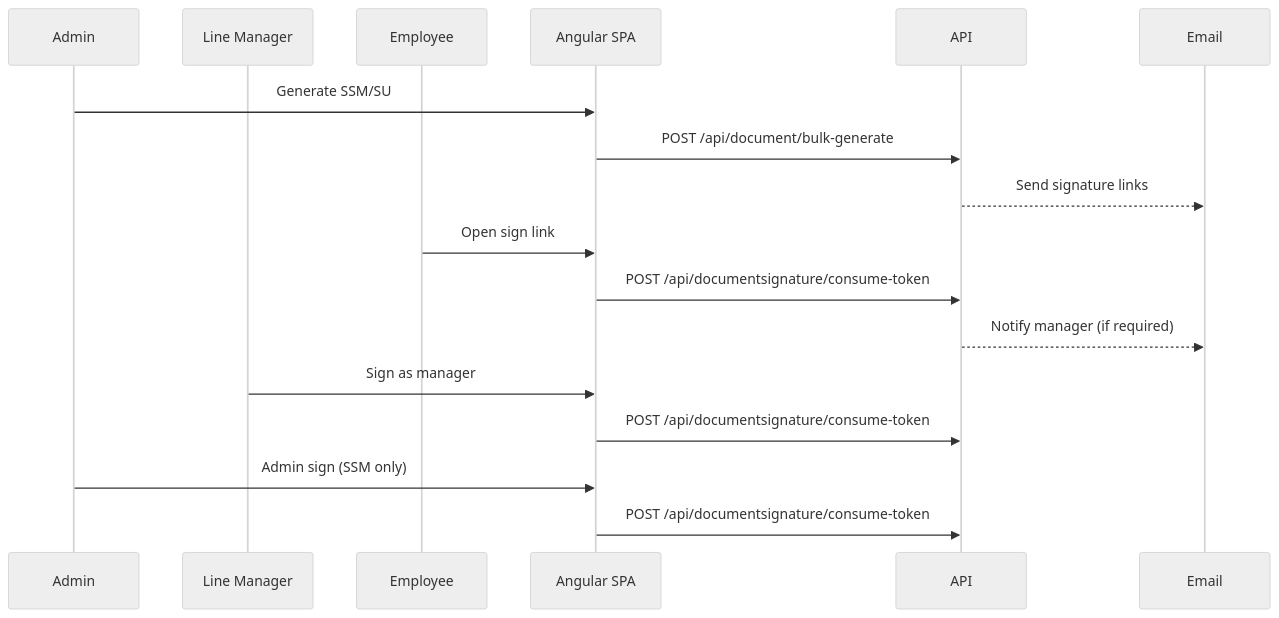
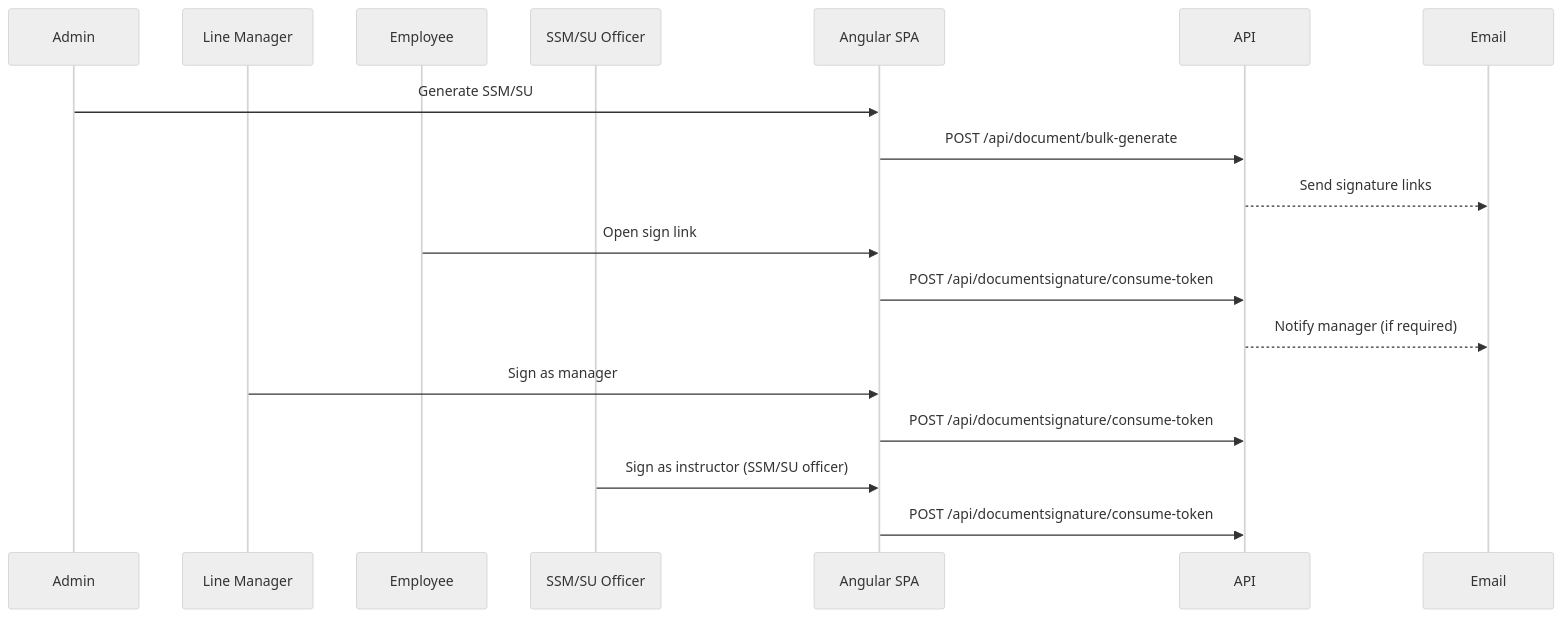
Before and after one commit to Tatu-Denis-Dimitrie/sync-app-26: the second of 3 diagrams in docs/04_business-workflows.md, drawn with Mermaid (neutral theme). The commit also changed other lines of this file and 8 other files, not shown here.

````diff
--- a/docs/04_business-workflows.md
+++ b/docs/04_business-workflows.md
@@ -78,20 +90,21 @@
 ```mermaid
 sequenceDiagram
 	participant Admin as Admin
 	participant Manager as Line Manager
 	participant User as Employee
+	participant Officer as SSM/SU Officer
 	participant SPA as Angular SPA
 	participant API as API
 	participant Mail as Email
 
 	Admin->>SPA: Generate SSM/SU
 	SPA->>API: POST /api/document/bulk-generate
 	API-->>Mail: Send signature links
 	User->>SPA: Open sign link
 	SPA->>API: POST /api/documentsignature/consume-token
 	API-->>Mail: Notify manager (if required)
 	Manager->>SPA: Sign as manager
 	SPA->>API: POST /api/documentsignature/consume-token
-	Admin->>SPA: Admin sign (SSM only)
+	Officer->>SPA: Sign as instructor (SSM/SU officer)
 	SPA->>API: POST /api/documentsignature/consume-token
 ```
````
